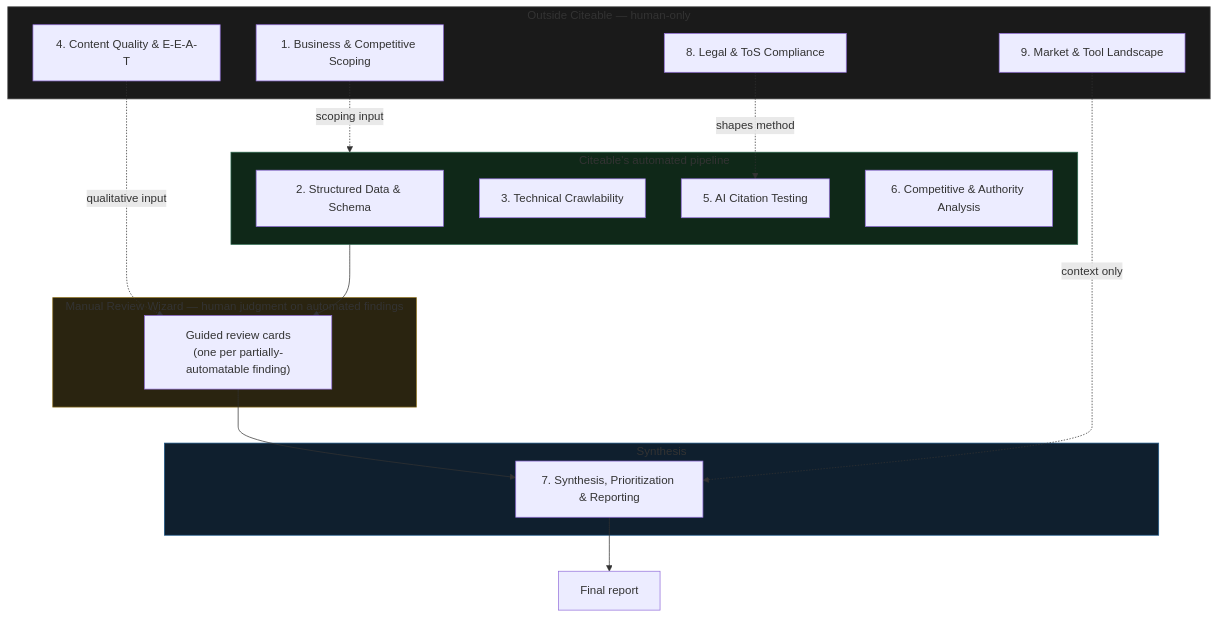
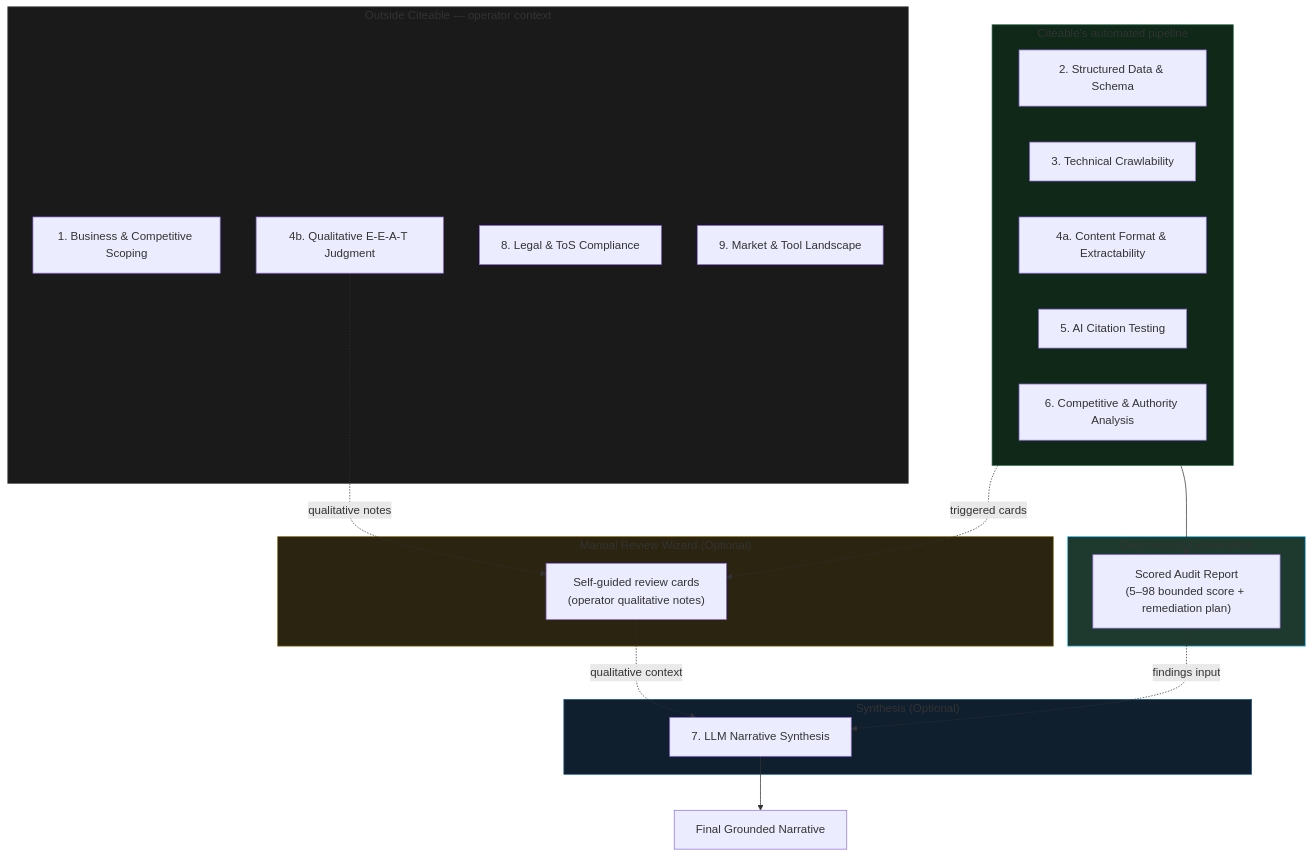
The first of 3 diagrams in docs/external.md (Eaterofsouls/citeable), drawn with Mermaid before and after one commit. The commit also changed other lines of this file and 9 other files, not shown here.

````diff
--- a/docs/external.md
+++ b/docs/external.md
@@ -176,37 +170,42 @@
 ```mermaid
 flowchart TB
-    subgraph manual["Outside Citeable — human-only"]
+    subgraph manual["Outside Citeable — operator context"]
         P1["1. Business & Competitive Scoping"]
-        P4["4. Content Quality & E-E-A-T"]
+        P4B["4b. Qualitative E-E-A-T Judgment"]
         P8["8. Legal & ToS Compliance"]
         P9["9. Market & Tool Landscape"]
     end
 
     subgraph automated["Citeable's automated pipeline"]
         P2["2. Structured Data & Schema"]
         P3["3. Technical Crawlability"]
+        P4A["4a. Content Format & Extractability"]
         P5["5. AI Citation Testing"]
         P6["6. Competitive & Authority Analysis"]
     end
 
-    subgraph hybrid["Manual Review Wizard — human judgment on automated findings"]
-        MR["Guided review cards<br/>(one per partially-automatable finding)"]
+    subgraph scored["Deterministic Deliverables"]
+        SCORE["Scored Audit Report<br/>(5–98 bounded score + remediation plan)"]
     end
 
-    subgraph synth["Synthesis"]
-        P7["7. Synthesis, Prioritization & Reporting"]
+    subgraph hybrid["Manual Review Wizard (Optional)"]
+        MR["Self-guided review cards<br/>(operator qualitative notes)"]
     end
 
-    P1 -. scoping input .-> automated
-    automated --> MR
-    MR --> P7
-    P4 -. qualitative input .-> MR
-    P8 -. shapes method .-> P5
-    P9 -. context only .-> P7
-    P7 --> OUT["Final report"]
+    subgraph synth["Synthesis (Optional)"]
+        P7["7. LLM Narrative Synthesis"]
+    end
+
+    automated --> SCORE
+    automated -. triggered cards .-> MR
+    MR -. qualitative context .-> P7
+    SCORE -. findings input .-> P7
+    P4B -. qualitative notes .-> MR
+    P7 --> OUT["Final Grounded Narrative"]
 
     style manual fill:#1a1a1a,stroke:#555
     style automated fill:#0f2818,stroke:#2d6a4f
+    style scored fill:#1e3a2f,stroke:#38bdf8
     style hybrid fill:#2a2410,stroke:#8a6d1a
     style synth fill:#0f1f2e,stroke:#1e5a8a
 ```
````
